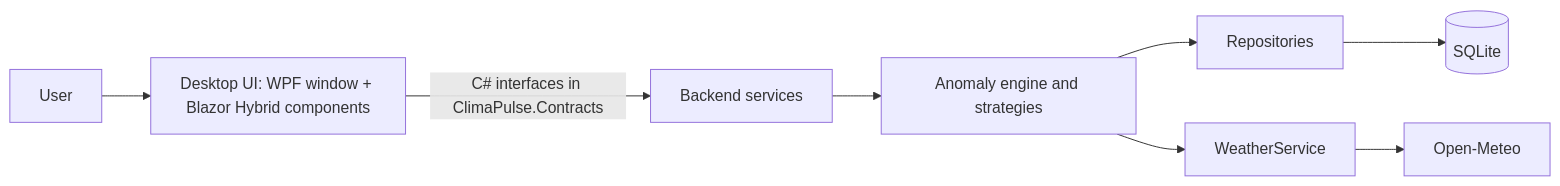
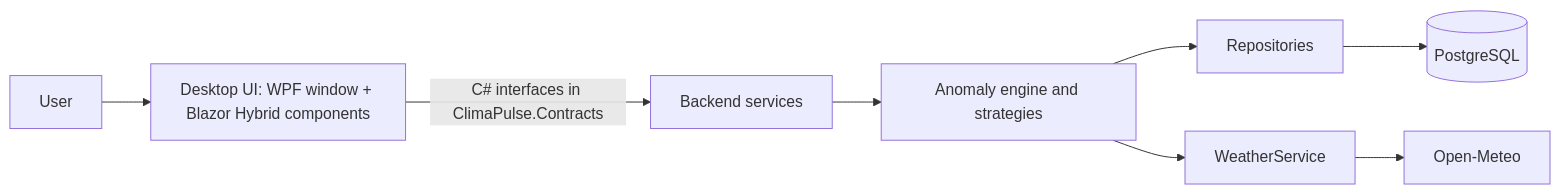
The diagram in docs/SRD.md (Nalen518/Junior-Project), drawn with Mermaid before and after one commit. The commit also changed other lines of this file and 6 other files, not shown here.

First line of the commit message:
docs: update SRD and references for PostgreSQL

````diff
--- a/docs/SRD.md
+++ b/docs/SRD.md
@@ -66,10 +66,10 @@
 ```mermaid
 flowchart LR
     U[User] --> F["Desktop UI: WPF window + Blazor Hybrid components"]
     F -->|C# interfaces in ClimaPulse.Contracts| A[Backend services]
     A --> E[Anomaly engine and strategies]
     E --> R[Repositories]
-    R --> D[(SQLite)]
+    R --> D[(PostgreSQL)]
     E --> W[WeatherService]
     W --> O[Open-Meteo]
 ```
````
